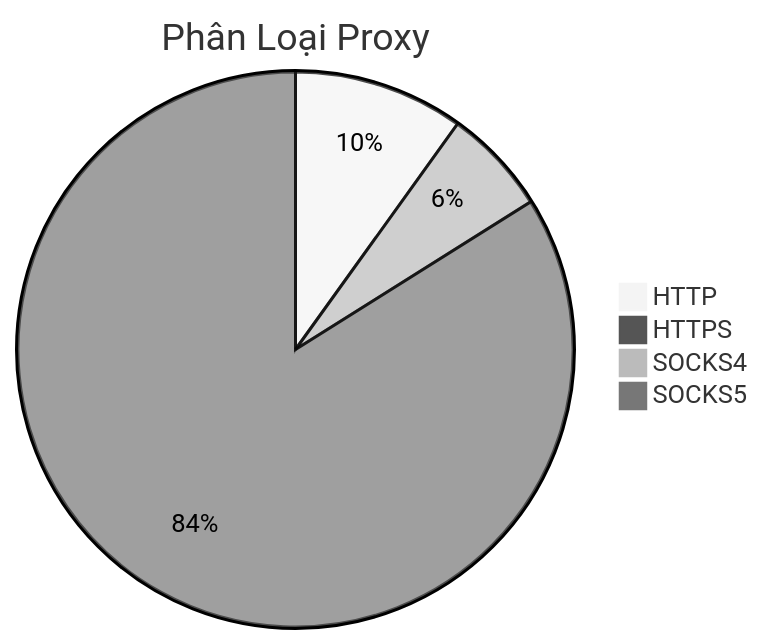
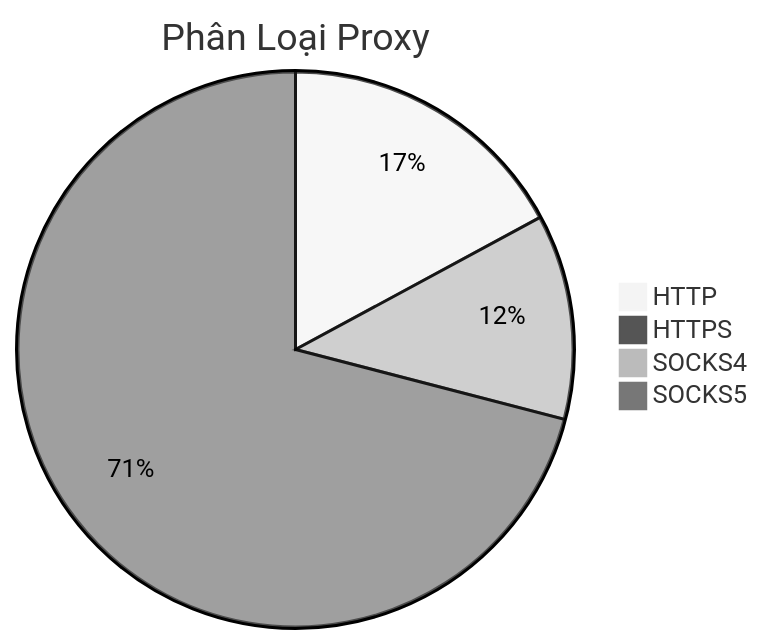
Before and after one commit to Ciara-Aa/PROXY-free: the diagram in README.md, drawn with Mermaid (neutral theme). The commit also changed other lines of this file and 4 other files, not shown here.

````diff
--- a/README.md
+++ b/README.md
@@ -26,7 +26,7 @@
 ```mermaid
 pie title Phân Loại Proxy
-    "HTTP" : 486
-    "HTTPS" : 2
-    "SOCKS4" : 302
-    "SOCKS5" : 4114
+    "HTTP" : 475
+    "HTTPS" : 0
+    "SOCKS4" : 331
+    "SOCKS5" : 1969
 ```
````
